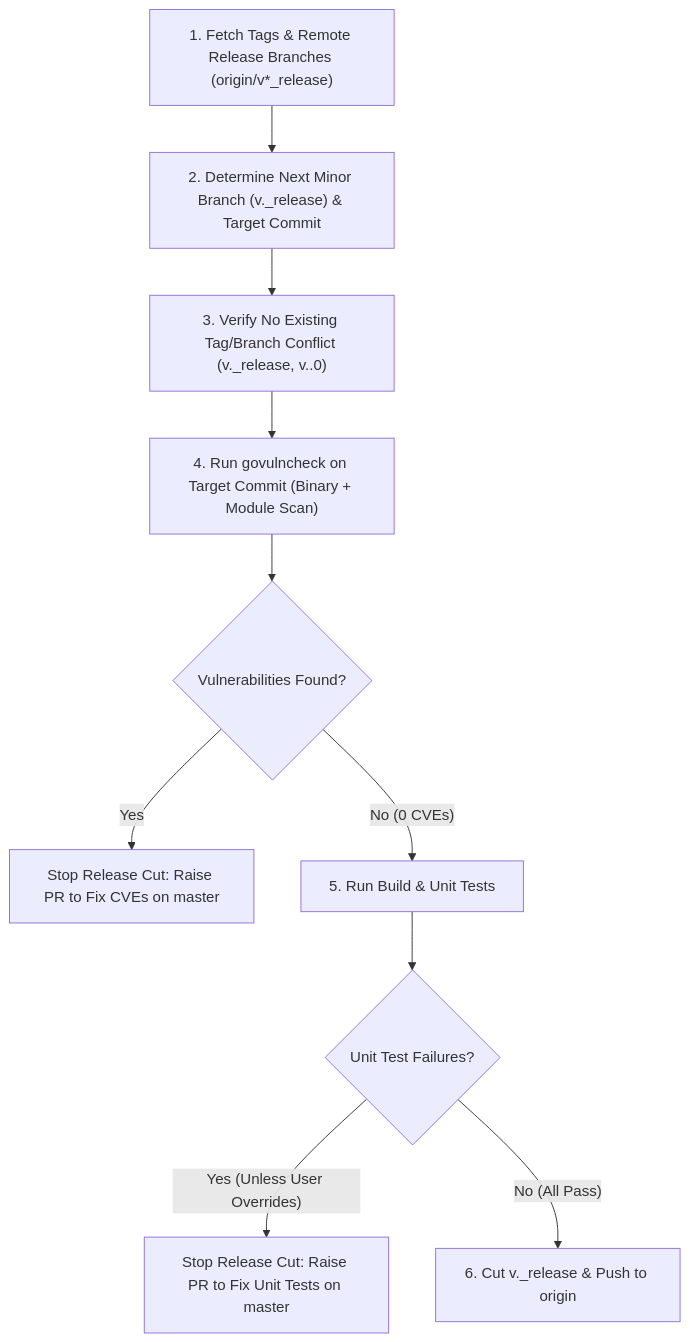
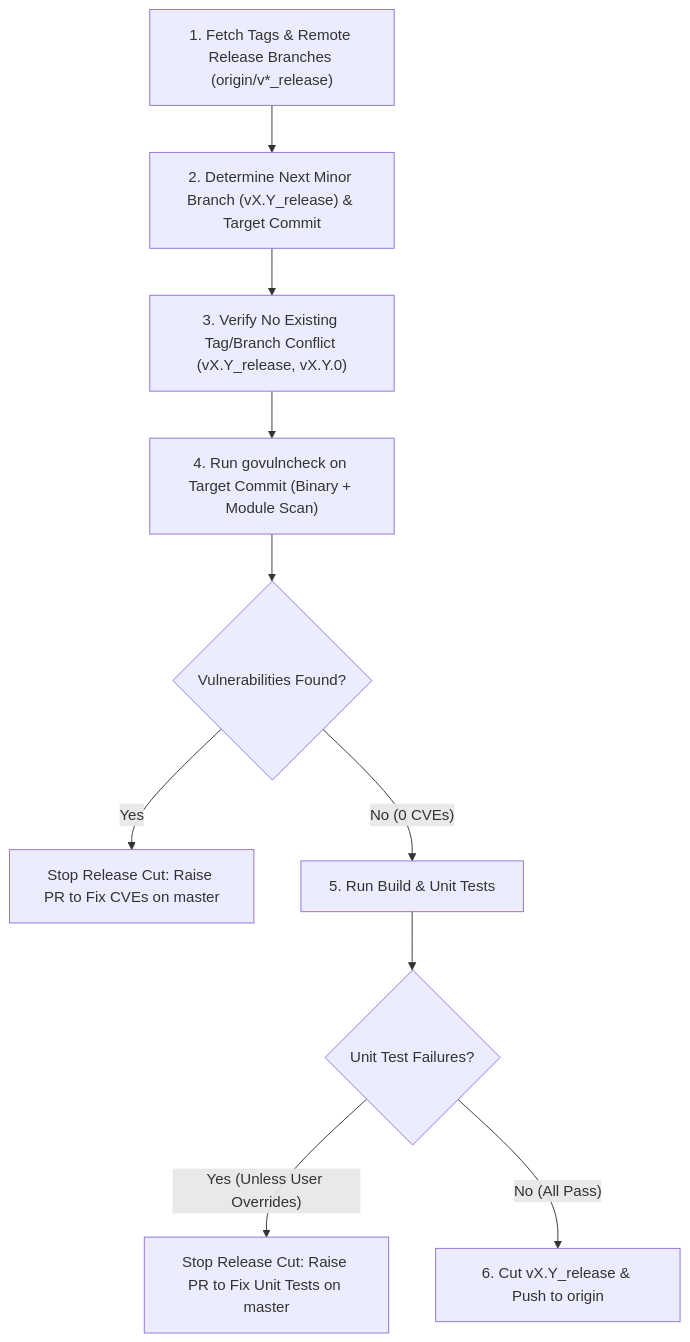
One commit to GoogleCloudPlatform/gcsfuse changed the diagram in .agents/skills/minor-release-branch/SKILL.md. Above: the diagram before and after it, drawn with Mermaid. The commit also changed other lines of this file and 1 other file, not shown here.

Commit message:
docs(skills): clarify sequential CD releases, newest-GKE soak, and master updates

````diff
--- a/.agents/skills/minor-release-branch/SKILL.md
+++ b/.agents/skills/minor-release-branch/SKILL.md
@@ -33,12 +33,12 @@
 ```mermaid
 flowchart TD
-    A["1. Fetch Tags & Remote Release Branches (origin/v*_release)"] --> B["2. Determine Next Minor Branch (v<major>.<minor>_release) & Target Commit"]
-    B --> C["3. Verify No Existing Tag/Branch Conflict (v<major>.<minor>_release, v<major>.<minor>.0)"]
+    A["1. Fetch Tags & Remote Release Branches (origin/v*_release)"] --> B["2. Determine Next Minor Branch (vX.Y_release) & Target Commit"]
+    B --> C["3. Verify No Existing Tag/Branch Conflict (vX.Y_release, vX.Y.0)"]
     C --> D["4. Run govulncheck on Target Commit (Binary + Module Scan)"]
     D --> E{"Vulnerabilities Found?"}
     E -- "Yes" --> F["Stop Release Cut: Raise PR to Fix CVEs on master"]
     E -- "No (0 CVEs)" --> G["5. Run Build & Unit Tests"]
     G --> H{"Unit Test Failures?"}
     H -- "Yes (Unless User Overrides)" --> I["Stop Release Cut: Raise PR to Fix Unit Tests on master"]
-    H -- "No (All Pass)" --> J["6. Cut v<major>.<minor>_release & Push to origin"]
+    H -- "No (All Pass)" --> J["6. Cut vX.Y_release & Push to origin"]
 ```
````
